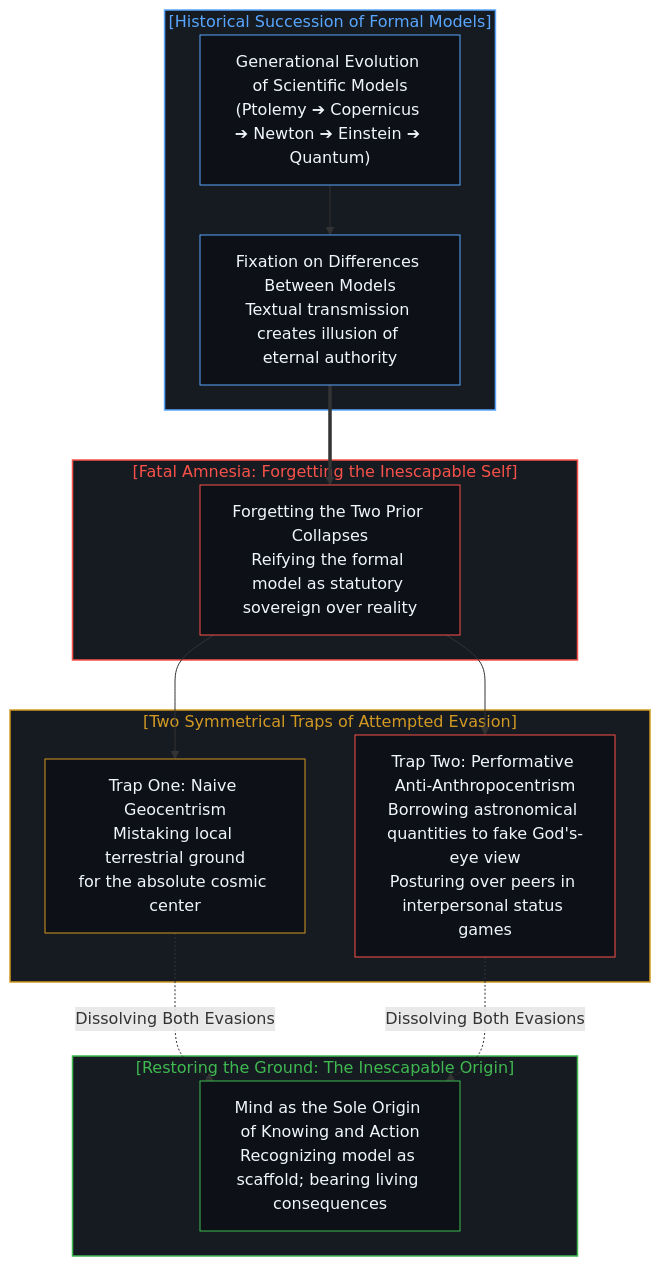
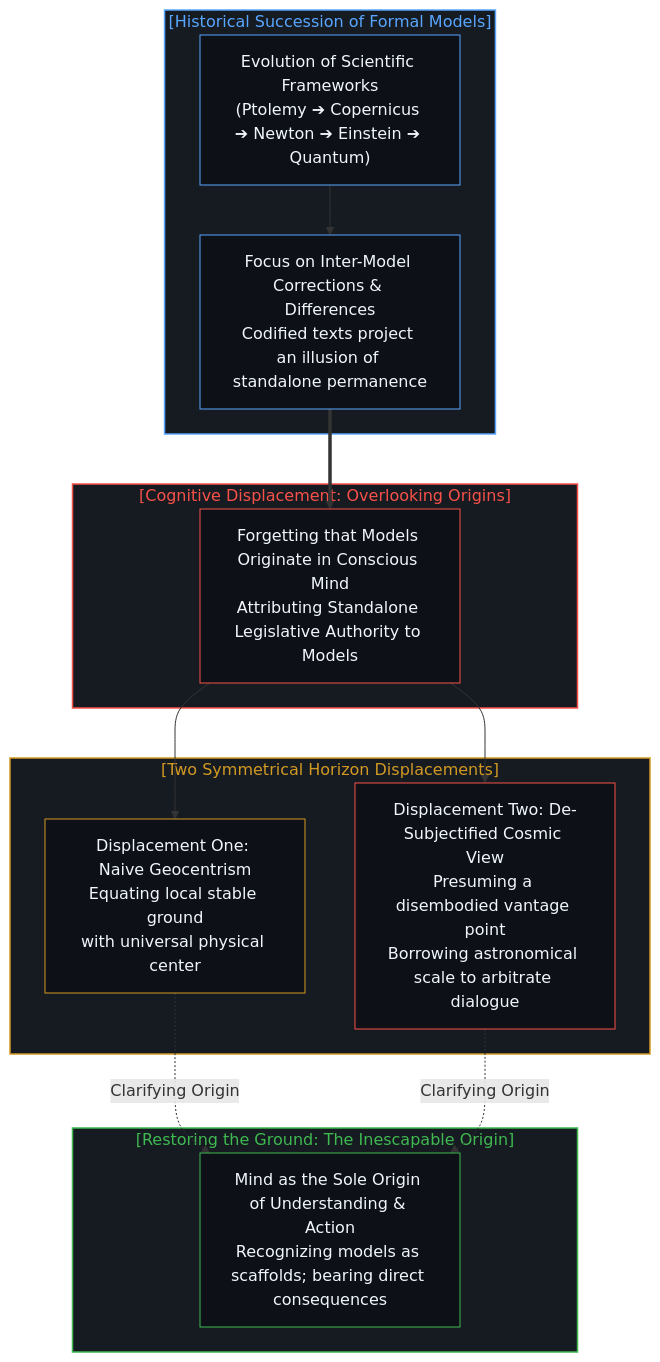
Before and after one commit to powerpig99/not-a-toe: the sixth of 8 diagrams in content/posts/one-cannot-escape-ones-own-mind.md, drawn with Mermaid. The commit also changed other lines of this file and 2 other files, not shown here.

````diff
--- a/content/posts/one-cannot-escape-ones-own-mind.md
+++ b/content/posts/one-cannot-escape-ones-own-mind.md
@@ -196,38 +200,38 @@
 ```mermaid
 flowchart TD
     subgraph S_HistoricalEvolution_EN ["[Historical Succession of Formal Models]"]
-        HE1["Generational Evolution of Scientific Models<br/>(Ptolemy ➔ Copernicus ➔ Newton ➔ Einstein ➔ Quantum)"]
-        HE2["Fixation on Differences Between Models<br/>Textual transmission creates illusion of eternal authority"]
+        HE1["Evolution of Scientific Frameworks<br/>(Ptolemy ➔ Copernicus ➔ Newton ➔ Einstein ➔ Quantum)"]
+        HE2["Focus on Inter-Model Corrections & Differences<br/>Codified texts project an illusion of standalone permanence"]
         HE1 --> HE2
     end
 
-    subgraph S_Amnesia_EN ["[Fatal Amnesia: Forgetting the Inescapable Self]"]
-        AE1["Forgetting the Two Prior Collapses<br/>Reifying the formal model as statutory sovereign over reality"]
+    subgraph S_Amnesia_EN ["[Cognitive Displacement: Overlooking Origins]"]
+        AE1["Forgetting that Models Originate in Conscious Mind<br/>Attributing Standalone Legislative Authority to Models"]
     end
 
-    subgraph S_TwoTraps_EN ["[Two Symmetrical Traps of Attempted Evasion]"]
-        TE1["Trap One: Naive Geocentrism<br/>Mistaking local terrestrial ground<br/>for the absolute cosmic center"]
-        TE2["Trap Two: Performative Anti-Anthropocentrism<br/>Borrowing astronomical quantities to fake God's-eye view<br/>Posturing over peers in interpersonal status games"]
+    subgraph S_TwoTraps_EN ["[Two Symmetrical Horizon Displacements]"]
+        TE1["Displacement One: Naive Geocentrism<br/>Equating local stable ground<br/>with universal physical center"]
+        TE2["Displacement Two: De-Subjectified Cosmic View<br/>Presuming a disembodied vantage point<br/>Borrowing astronomical scale to arbitrate dialogue"]
     end
 
     subgraph S_SovereignReturn_EN ["[Restoring the Ground: The Inescapable Origin]"]
-        SRE1["Mind as the Sole Origin of Knowing and Action<br/>Recognizing model as scaffold; bearing living consequences"]
+        SRE1["Mind as the Sole Origin of Understanding & Action<br/>Recognizing models as scaffolds; bearing direct consequences"]
     end
 
     HE2 ==> AE1
     AE1 --> TE1
     AE1 --> TE2
-    TE1 -.->|"Dissolving Both Evasions"| SRE1
-    TE2 -.->|"Dissolving Both Evasions"| SRE1
+    TE1 -.->|"Clarifying Origin"| SRE1
+    TE2 -.->|"Clarifying Origin"| SRE1
 
     style S_HistoricalEvolution_EN fill:#161b22,stroke:#58a6ff,stroke-width:1.5px,color:#58a6ff
     style S_Amnesia_EN fill:#161b22,stroke:#f85149,stroke-width:1.5px,color:#f85149
     style S_TwoTraps_EN fill:#161b22,stroke:#d29922,stroke-width:1.5px,color:#d29922
     style S_SovereignReturn_EN fill:#161b22,stroke:#3fb950,stroke-width:1.5px,color:#3fb950
     style HE1 fill:#0d1117,stroke:#58a6ff,stroke-width:1px,color:#f0f6fc
     style HE2 fill:#0d1117,stroke:#58a6ff,stroke-width:1px,color:#f0f6fc
     style AE1 fill:#0d1117,stroke:#f85149,stroke-width:1px,color:#f0f6fc
     style TE1 fill:#0d1117,stroke:#d29922,stroke-width:1px,color:#f0f6fc
     style TE2 fill:#0d1117,stroke:#f85149,stroke-width:1px,color:#f0f6fc
     style SRE1 fill:#0d1117,stroke:#3fb950,stroke-width:1px,color:#f0f6fc
 ```
````
